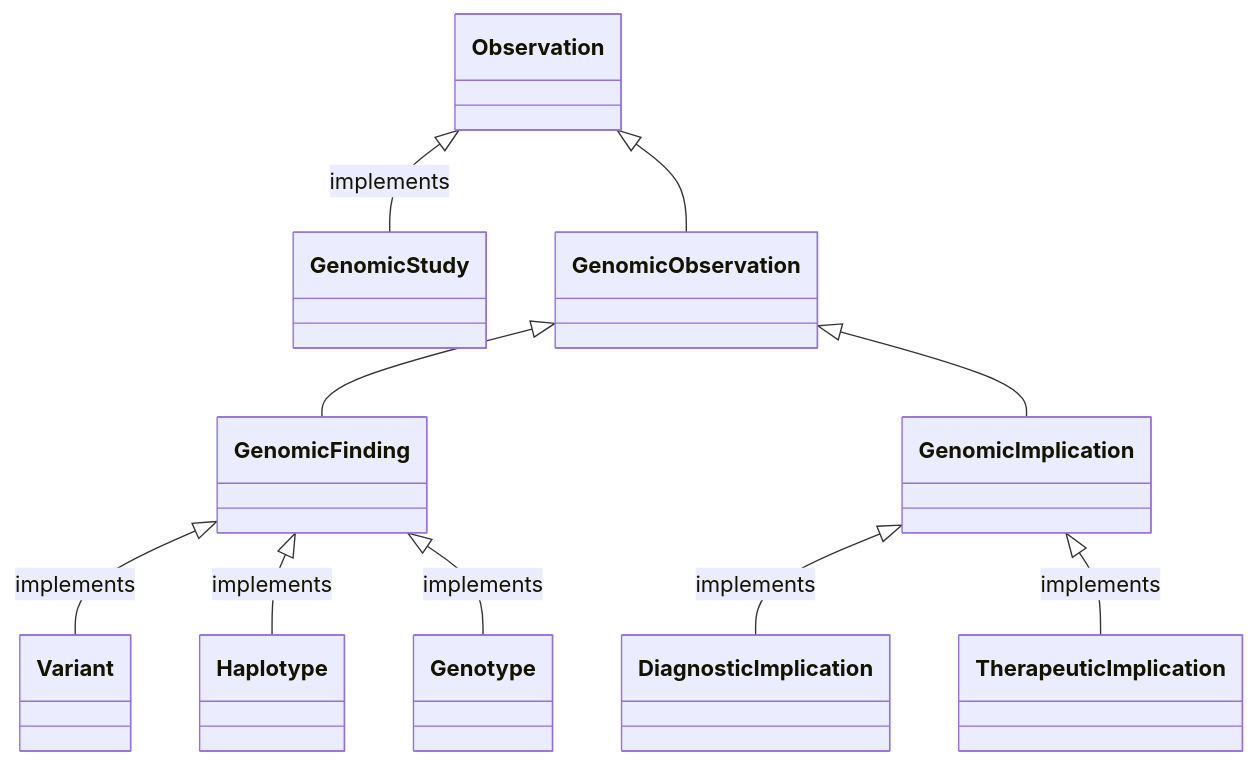
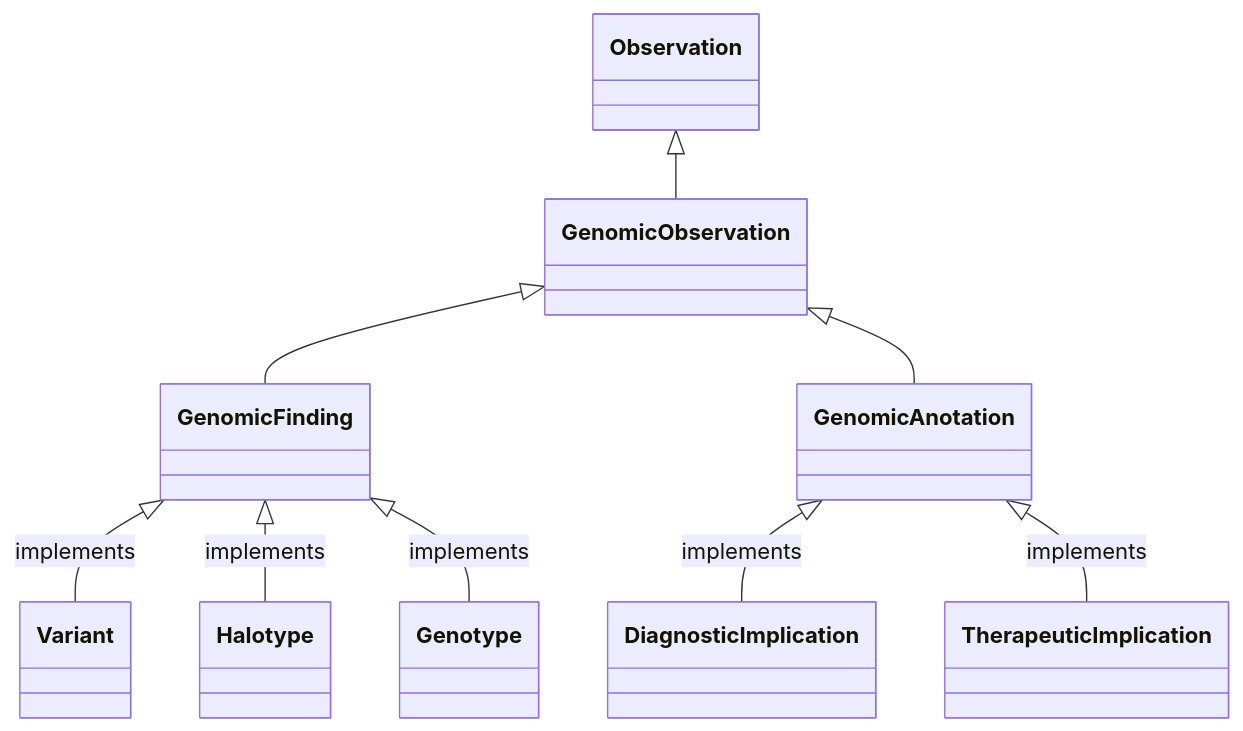
The first of 2 diagrams in input/pagecontent/StructureDefinition-GenomicObservation-intro.md (nw-gmsa/nw-gmsa.github.com), drawn with Mermaid before and after one commit. The commit also changed 1 other file, not shown here.

Commit message:
class diagrams

````diff
--- a/input/pagecontent/StructureDefinition-GenomicObservation-intro.md
+++ b/input/pagecontent/StructureDefinition-GenomicObservation-intro.md
@@ -3,15 +3,15 @@
 ```mermaid
 classDiagram
 
-Observation <|-- GenomicStudy : implements
+
 Observation <|-- GenomicObservation
 GenomicObservation <|-- GenomicFinding 
-GenomicObservation <|-- GenomicImplication
+GenomicObservation <|-- GenomicAnotation
 
 GenomicFinding <|-- Variant :implements
-GenomicFinding <|-- Haplotype :implements
+GenomicFinding <|-- Halotype :implements
 GenomicFinding <|-- Genotype :implements
 
-GenomicImplication <|-- DiagnosticImplication :implements
-GenomicImplication <|-- TherapeuticImplication :implements
+GenomicAnotation <|-- DiagnosticImplication :implements
+GenomicAnotation <|-- TherapeuticImplication :implements
 ```
````
